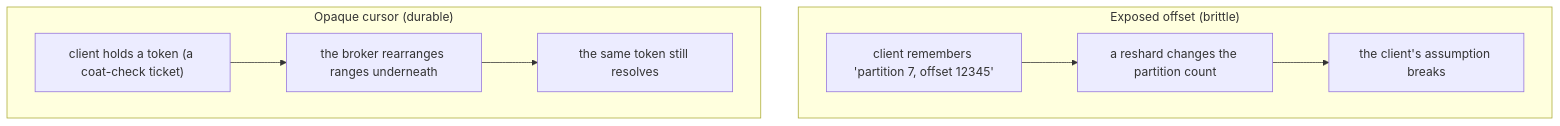
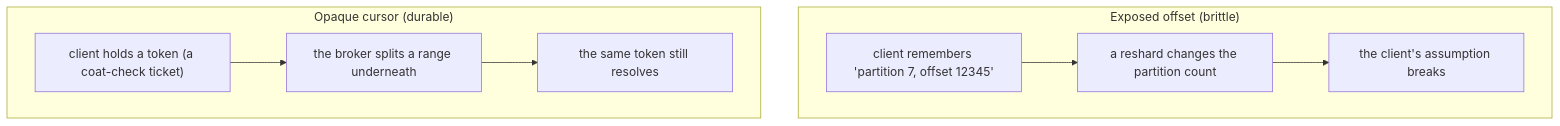
One commit to HectorIFC/malachi changed the second of 4 diagrams in docs/guides/log-model.md. Above: the diagram before and after it, drawn with Mermaid. The commit also changed other lines of this file and 17 other files, not shown here.

````diff
--- a/docs/guides/log-model.md
+++ b/docs/guides/log-model.md
@@ -42,9 +50,9 @@
 ```mermaid
 flowchart TD
   subgraph offset["Exposed offset (brittle)"]
     O1["client remembers 'partition 7, offset 12345'"] --> O2["a reshard changes the partition count"] --> O3["the client's assumption breaks"]
   end
   subgraph cursor["Opaque cursor (durable)"]
-    C1["client holds a token (a coat-check ticket)"] --> C2["the broker rearranges ranges underneath"] --> C3["the same token still resolves"]
+    C1["client holds a token (a coat-check ticket)"] --> C2["the broker splits a range underneath"] --> C3["the same token still resolves"]
   end
 ```
````
